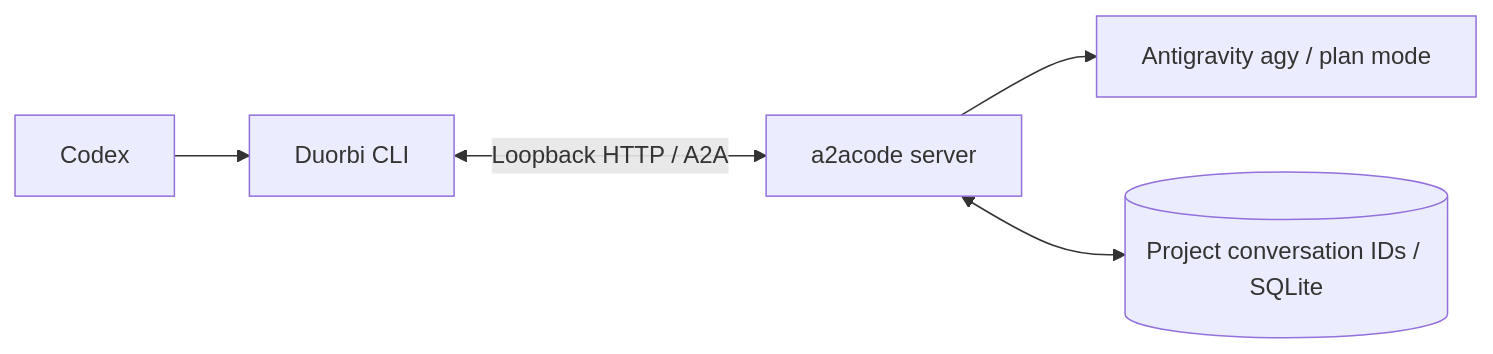
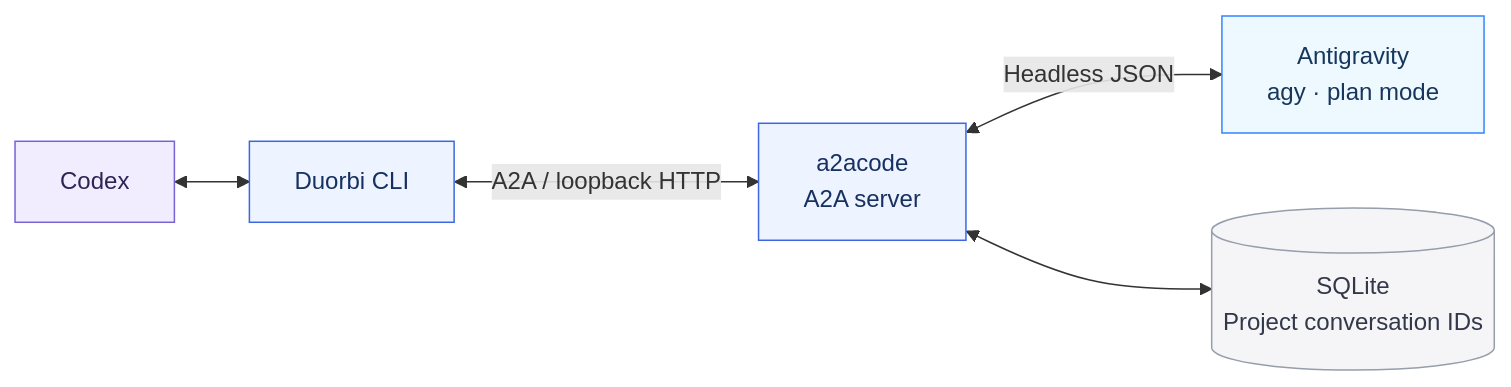
The diagram in README.md (genielabs-io/duorbi), drawn with Mermaid before and after one commit. The commit also changed other lines of this file and 5 other files, not shown here.

Commit message:
docs: add Duorbi icon and polish README diagrams

````diff
--- a/README.md
+++ b/README.md
@@ -9,7 +13,16 @@
 ```mermaid
 flowchart LR
-    C[Codex] --> D[Duorbi CLI]
-    D <-->|Loopback HTTP / A2A| S[a2acode server]
-    S --> A[Antigravity agy / plan mode]
-    S <--> DB[(Project conversation IDs / SQLite)]
+    C["Codex"] <--> D["Duorbi CLI"]
+    D <-->|"A2A / loopback HTTP"| S["a2acode<br/>A2A server"]
+    S <-->|"Headless JSON"| A["Antigravity<br/>agy · plan mode"]
+    S <--> DB[("SQLite<br/>Project conversation IDs")]
+
+    classDef codex fill:#f1edff,stroke:#7863d4,color:#302454
+    classDef bridge fill:#eef4ff,stroke:#3c66e2,color:#173062
+    classDef agent fill:#edf8ff,stroke:#3186ff,color:#16365b
+    classDef storage fill:#f5f5f7,stroke:#969eab,color:#323849
+    class C codex
+    class D,S bridge
+    class A agent
+    class DB storage
 ```
````
